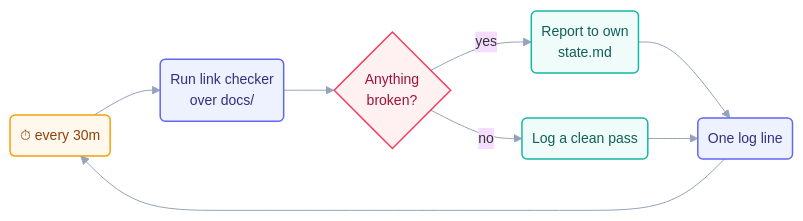
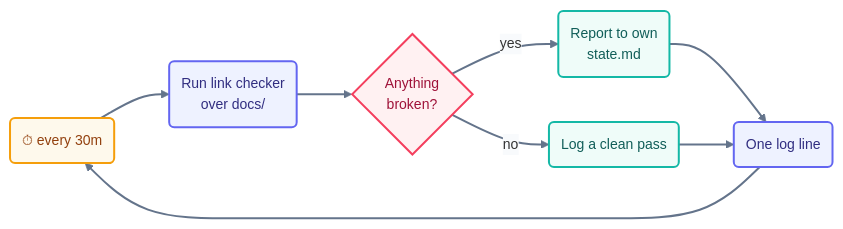
The diagram in loops/day1/link-check/loop.md (ayeshakhalid192007-dev/LoopEngineering-CrashCourse), drawn with Mermaid before and after one commit. The commit also changed 66 other files, not shown here.

First line of the commit message:
docs(diagrams): bolden and unify all 70 mermaid diagrams

````diff
--- a/loops/day1/link-check/loop.md
+++ b/loops/day1/link-check/loop.md
@@ -33,14 +33,15 @@
 ```mermaid
-%%{init: {'theme':'base','themeVariables':{'fontFamily':'ui-sans-serif, system-ui, sans-serif','fontSize':'14px','lineColor':'#94a3b8'},'flowchart':{'curve':'basis','nodeSpacing':45,'rankSpacing':50,'padding':10}}}%%
+%%{init: {'theme':'base','themeVariables':{'fontFamily':'ui-sans-serif, system-ui, sans-serif','fontSize':'14px','lineColor':'#64748b','edgeLabelBackground':'#f8fafc'},'flowchart':{'curve':'basis','nodeSpacing':45,'rankSpacing':55,'padding':12}}}%%
 flowchart LR
     T("⏱ every 30m"):::time --> SCAN("Run link checker<br/>over docs/"):::beat
     SCAN --> Q{"Anything<br/>broken?"}:::limit
     Q -->|yes| REP("Report to own<br/>state.md"):::check
     Q -->|no| CLEAN("Log a clean pass"):::check
     REP --> LOG("One log line"):::beat --> T
     CLEAN --> LOG
-    classDef time fill:#fef9ec,stroke:#f59e0b,stroke-width:1.5px,color:#92400e;
-    classDef beat fill:#eef2ff,stroke:#6366f1,stroke-width:1.5px,color:#312e81;
-    classDef limit fill:#fff1f2,stroke:#f43f5e,stroke-width:1.5px,color:#9f1239;
-    classDef check fill:#effcf9,stroke:#14b8a6,stroke-width:1.5px,color:#115e59;
+    linkStyle default stroke:#64748b,stroke-width:2px;
+    classDef time fill:#fef9ec,stroke:#f59e0b,stroke-width:2px,color:#92400e;
+    classDef beat fill:#eef2ff,stroke:#6366f1,stroke-width:2px,color:#312e81;
+    classDef limit fill:#fff1f2,stroke:#f43f5e,stroke-width:2px,color:#9f1239;
+    classDef check fill:#effcf9,stroke:#14b8a6,stroke-width:2px,color:#115e59;
 ```
````
